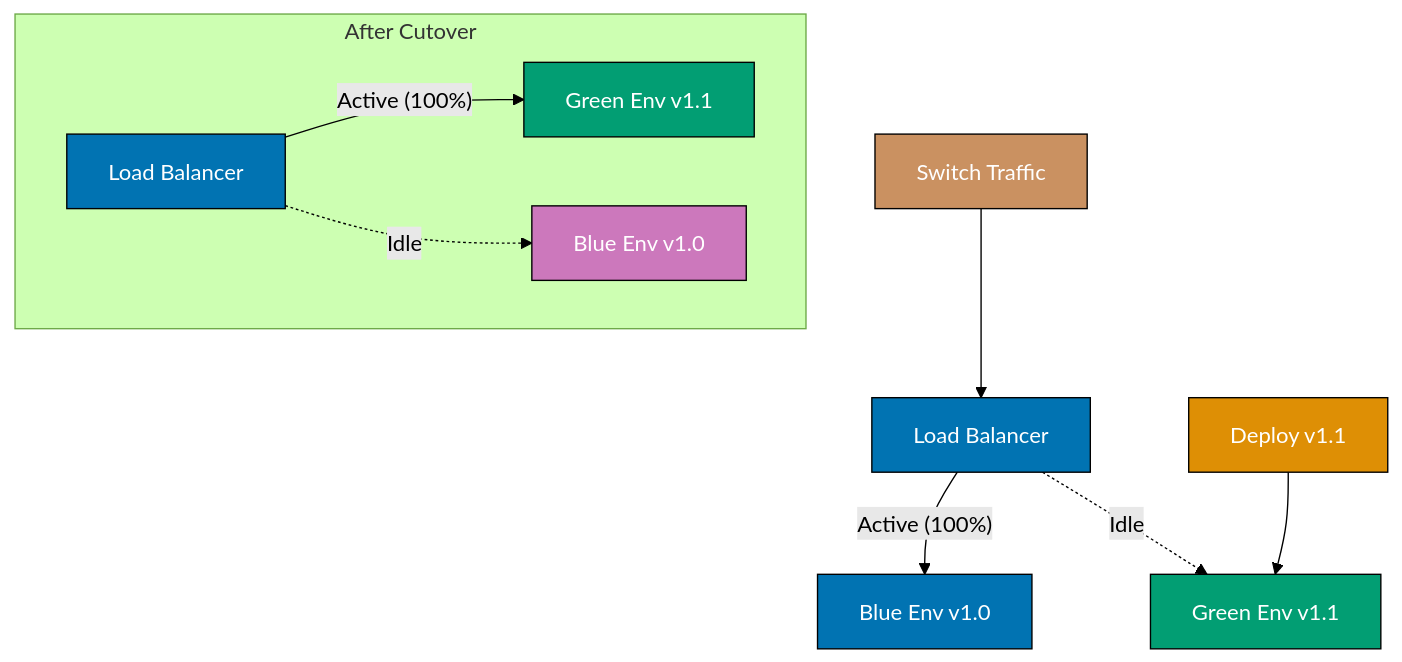
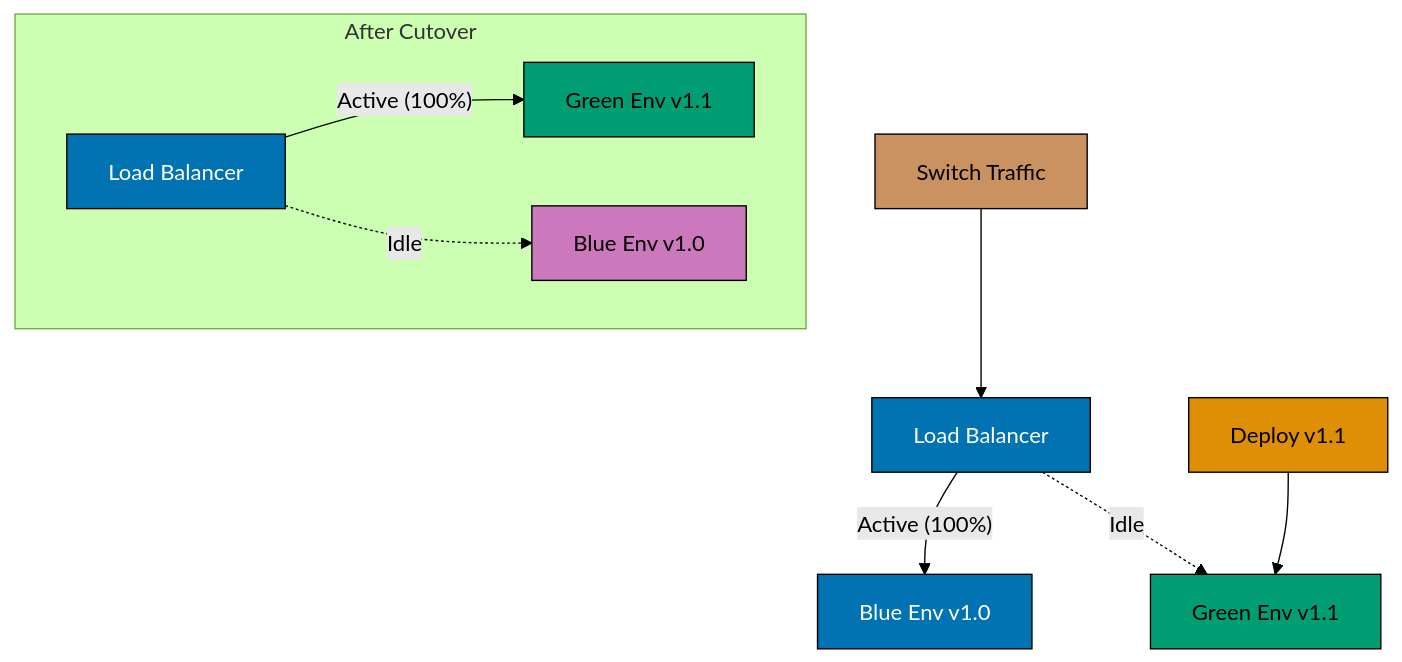
One commit to wahidyankf/ose-public changed the third of 9 diagrams in apps/ayokoding-www/content/en/learn/legacy/software-engineering/infrastructure/infrastructure-as-code/by-example/advanced.md. Above: the diagram before and after it, drawn with Mermaid (forest theme). The commit also changed other lines of this file and 131 other files, not shown here.

First line of the commit message:
fix(mermaid): bring the legacy data, infrastructure, and testing diagrams onto the accessible palette

````diff
--- a/apps/ayokoding-www/content/en/learn/legacy/software-engineering/infrastructure/infrastructure-as-code/by-example/advanced.md
+++ b/apps/ayokoding-www/content/en/learn/legacy/software-engineering/infrastructure/infrastructure-as-code/by-example/advanced.md
@@ -551,22 +567,30 @@
 ```mermaid
 %% Color Palette: Blue #0173B2, Orange #DE8F05, Teal #029E73, Purple #CC78BC, Brown #CA9161
 graph TD
+  accTitle: Example 65: Blue-Green Infrastructure Deployment
+  accDescr: Graph with 8 nodes and 6 connections. Nodes: Load Balancer, Blue Env v1.0, Green Env v1.1, Deploy v1.1, Switch Traffic, Load Balancer, Green Env v1.1, Blue Env v1.0. Connections: Load Balancer to Blue Env v1.0 (Active (100)), Load Balancer to Green Env v1.1 (Idle), Deploy v1.1 to Green Env v1.1, Switch Traffic to Load Balancer, Load Balancer to Green Env v1.1 (Active (100)), Load Balancer to Blue Env v1.0 (Idle).
   A["Load Balancer"] -->|"Active (100%)"| B["Blue Env v1.0"]
   A -.->|"Idle"| C["Green Env v1.1"]
   D["Deploy v1.1"] --> C
   E["Switch Traffic"] --> A
 
   subgraph After["After Cutover"]
     F["Load Balancer"] -->|"Active (100%)"| G["Green Env v1.1"]
     F -.->|"Idle"| H["Blue Env v1.0"]
   end
 
-  style A fill:#0173B2,stroke:#000,color:#fff
-  style B fill:#0173B2,stroke:#000,color:#fff
-  style C fill:#029E73,stroke:#000,color:#fff
-  style D fill:#DE8F05,stroke:#000,color:#fff
-  style E fill:#CA9161,stroke:#000,color:#fff
-  style F fill:#0173B2,stroke:#000,color:#fff
-  style G fill:#029E73,stroke:#000,color:#fff
-  style H fill:#CC78BC,stroke:#000,color:#fff
+  classDef pal-0173B2 fill:#0173B2,stroke:#000000,color:#FFFFFF
+  class A pal-0173B2
+  class B pal-0173B2
+  classDef pal-029E73 fill:#029E73,stroke:#000000,color:#000000
+  class C pal-029E73
+  classDef pal-DE8F05 fill:#DE8F05,stroke:#000000,color:#000000
+  class D pal-DE8F05
+  classDef pal-CA9161 fill:#CA9161,stroke:#000000,color:#000000
+  class E pal-CA9161
+  class F pal-0173B2
+  class G pal-029E73
+  classDef pal-CC78BC fill:#CC78BC,stroke:#000000,color:#000000
+  class H pal-CC78BC
+  classDef default fill:#FFFFFF,stroke:#000000,color:#000000
 ```
````
